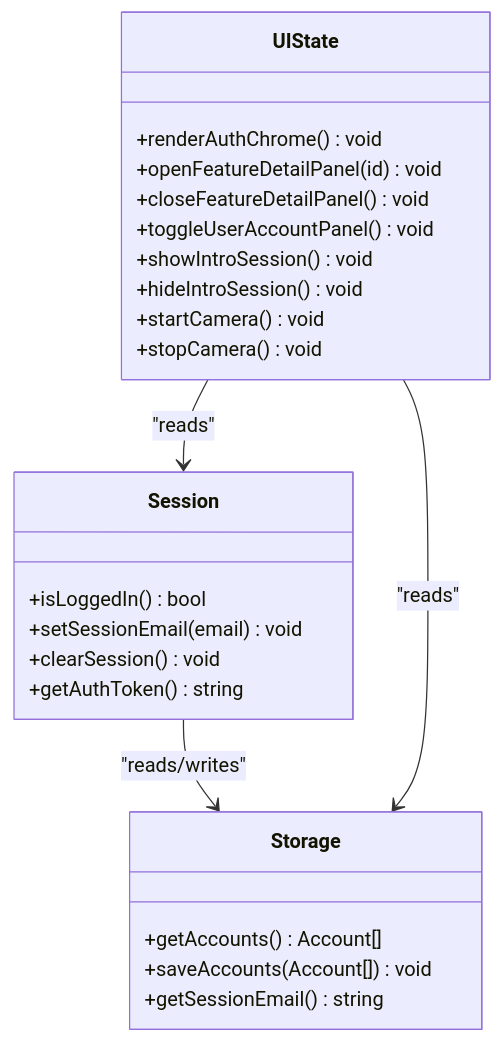
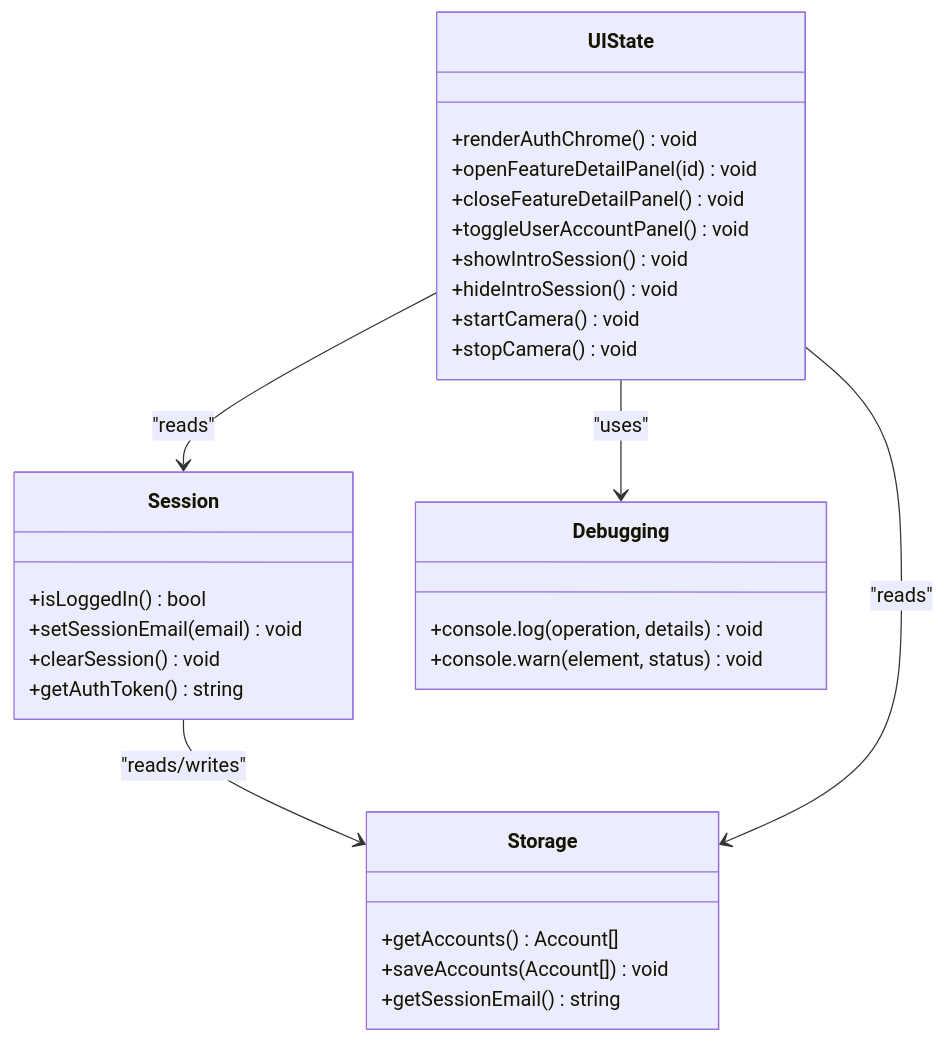
One commit to ikramhh/signvue-project changed the eighth of 10 diagrams in .qoder/repowiki/en/content/Frontend Application.md. Above: the diagram before and after it, drawn with Mermaid. The commit also changed other lines of this file and 5 other files, not shown here.

````diff
--- a/.qoder/repowiki/en/content/Frontend Application.md
+++ b/.qoder/repowiki/en/content/Frontend Application.md
@@ -326,27 +374,32 @@
 ```mermaid
 classDiagram
 class Session {
 +isLoggedIn() bool
 +setSessionEmail(email) void
 +clearSession() void
 +getAuthToken() string
 }
 class UIState {
 +renderAuthChrome() void
 +openFeatureDetailPanel(id) void
 +closeFeatureDetailPanel() void
 +toggleUserAccountPanel() void
 +showIntroSession() void
 +hideIntroSession() void
 +startCamera() void
 +stopCamera() void
 }
 class Storage {
 +getAccounts() Account[]
 +saveAccounts(Account[]) void
 +getSessionEmail() string
 }
+class Debugging {
++console.log(operation, details) void
++console.warn(element, status) void
+}
 Session --> Storage : "reads/writes"
 UIState --> Session : "reads"
 UIState --> Storage : "reads"
+UIState --> Debugging : "uses"
 ```
````
